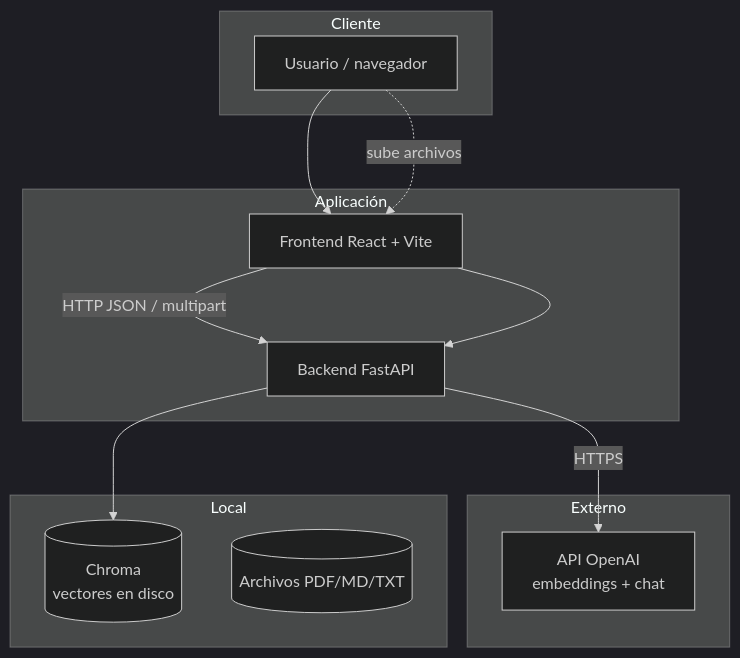
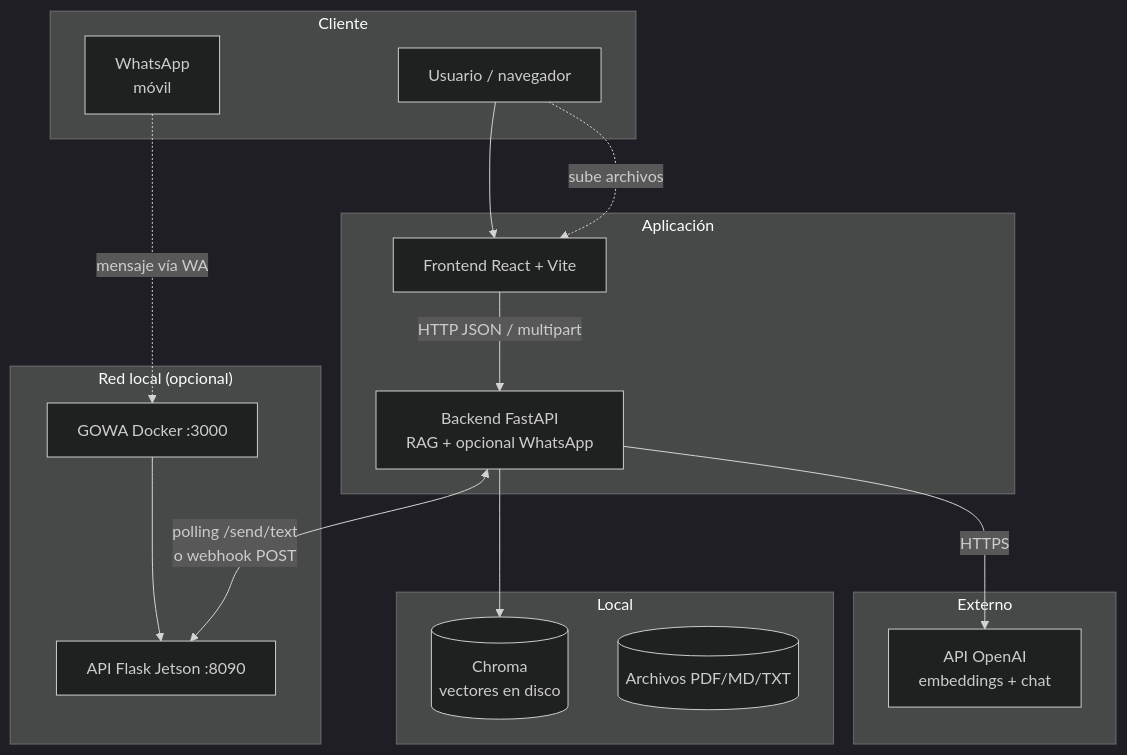
One commit to godie007/rag-chroma changed the first of 7 diagrams in docs/ARQUITECTURA.md. Above: the diagram before and after it, drawn with Mermaid (dark theme). The commit also changed other lines of this file and 10 other files, not shown here.

Commit message:
Enhance WhatsApp integration: added optional polling and webhook support, updated configuration settings, and improved documentation. Refined user-facing language in prompts and README for clarity. Adjusted API endpoints and backend logic for better message handling and deduplication.

````diff
--- a/docs/ARQUITECTURA.md
+++ b/docs/ARQUITECTURA.md
@@ -17,27 +17,35 @@
 ```mermaid
 flowchart TB
     subgraph Cliente
         U[Usuario / navegador]
+        WA[WhatsApp<br/>móvil]
     end
 
     subgraph Aplicación
         FE[Frontend React + Vite]
-        BE[Backend FastAPI]
+        BE[Backend FastAPI<br/>RAG + opcional WhatsApp]
     end
 
     subgraph Externo
         OAI[API OpenAI<br/>embeddings + chat]
+    end
+
+    subgraph Red_opcional["Red local (opcional)"]
+        JAPI[API Flask Jetson :8090]
+        GOWA[GOWA Docker :3000]
     end
 
     subgraph Local
         CH[(Chroma<br/>vectores en disco)]
         FS[(Archivos PDF/MD/TXT)]
     end
 
     U --> FE
     FE -->|HTTP JSON / multipart| BE
     BE -->|HTTPS| OAI
     BE --> CH
     U -.->|sube archivos| FE
-    FE --> BE
+    WA -.->|mensaje vía WA| GOWA
+    GOWA --> JAPI
+    BE <-->|polling /send/text<br/>o webhook POST| JAPI
 ```
````
